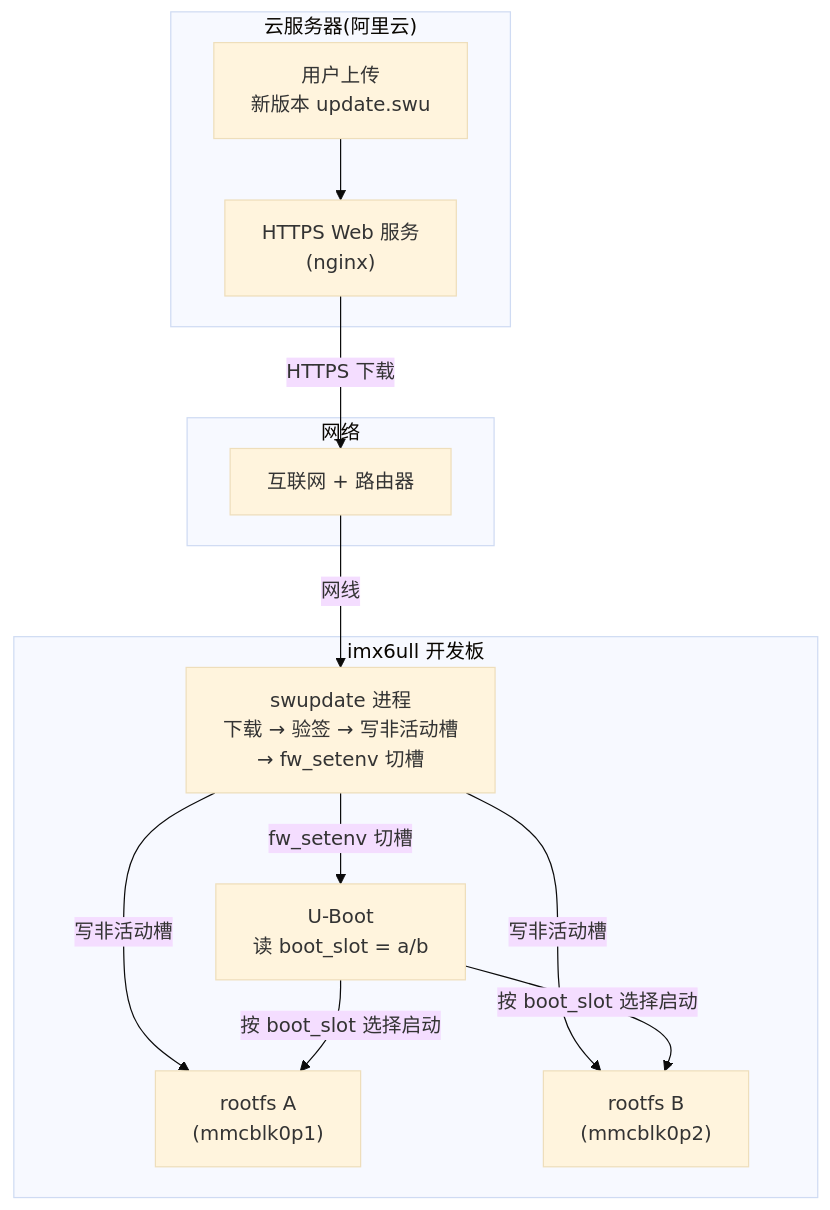
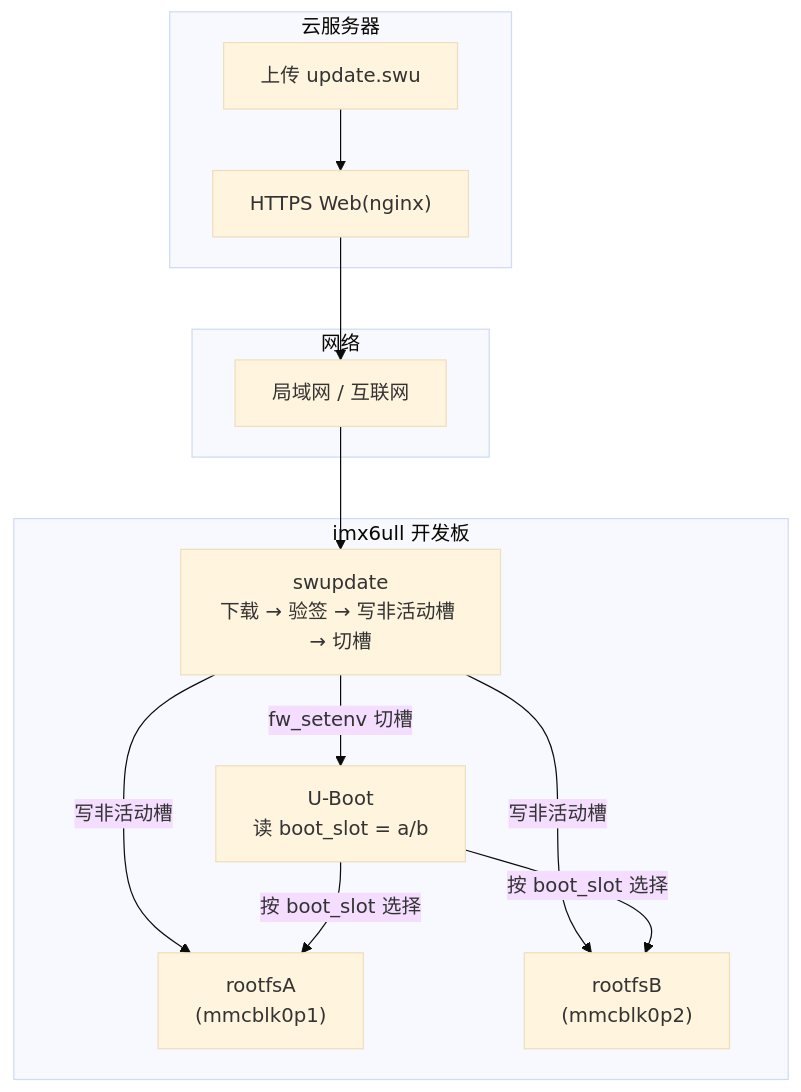
The diagram in README.md (cgh-c/embedded-ota), drawn with Mermaid (base theme) before and after one commit. The commit also changed other lines of this file and 2 other files, not shown here.

````diff
--- a/README.md
+++ b/README.md
@@ -39,27 +80,22 @@
 ```mermaid
 flowchart TD
-    subgraph Cloud["云服务器(阿里云)"]
-        UP["用户上传<br/>新版本 update.swu"]
-        WEB["HTTPS Web 服务<br/>(nginx)"]
+    subgraph Cloud["云服务器"]
+        UP["上传 update.swu"]
+        WEB["HTTPS Web(nginx)"]
     end
-
     subgraph Net["网络"]
-        NET["互联网 + 路由器"]
+        NET["局域网 / 互联网"]
     end
-
     subgraph Board["imx6ull 开发板"]
-        SW["swupdate 进程<br/>下载 → 验签 → 写非活动槽<br/>→ fw_setenv 切槽"]
+        SW["swupdate<br/>下载 → 验签 → 写非活动槽 → 切槽"]
         UB["U-Boot<br/>读 boot_slot = a/b"]
-        A["rootfs A<br/>(mmcblk0p1)"]
-        B["rootfs B<br/>(mmcblk0p2)"]
+        A["rootfsA<br/>(mmcblk0p1)"]
+        B["rootfsB<br/>(mmcblk0p2)"]
     end
-
-    UP --> WEB
-    WEB -->|"HTTPS 下载"| NET
-    NET -->|"网线"| SW
-    SW -->|"写非活动槽"| A
-    SW -->|"写非活动槽"| B
-    SW -->|"fw_setenv 切槽"| UB
-    UB -->|"按 boot_slot 选择启动"| A
-    UB -->|"按 boot_slot 选择启动"| B
+    UP --> WEB --> NET --> SW
+    SW -->|写非活动槽| A
+    SW -->|写非活动槽| B
+    SW -->|fw_setenv 切槽| UB
+    UB -->|按 boot_slot 选择| A
+    UB -->|按 boot_slot 选择| B
 ```
````
